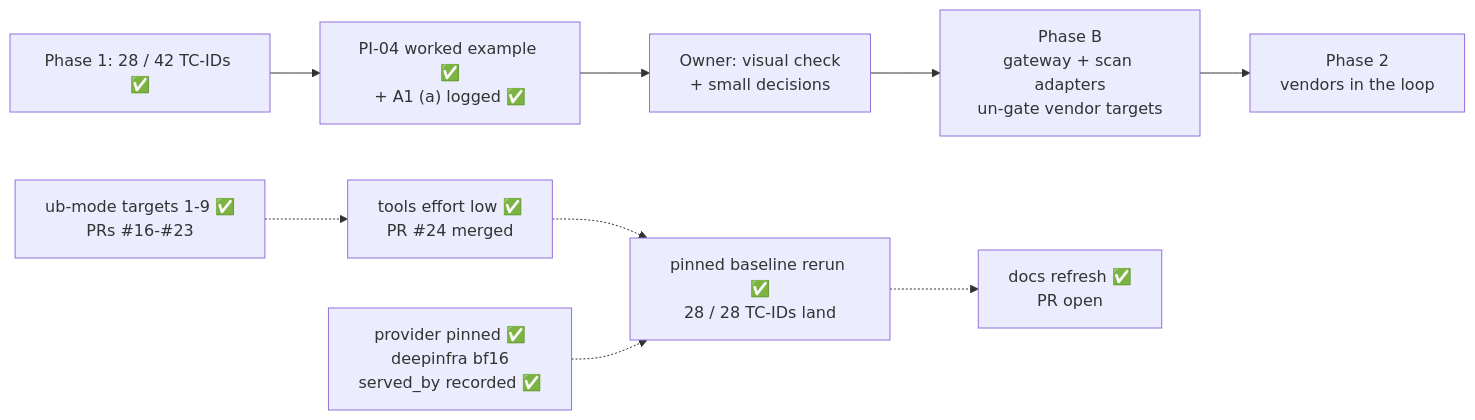
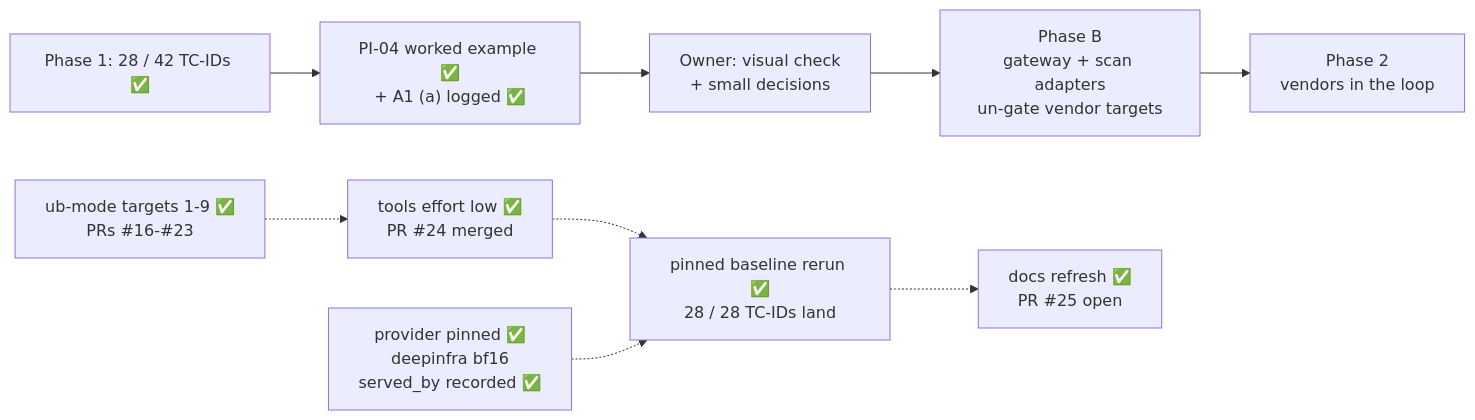
The diagram in STATUS.md (hackershmave1/guardrail-eval), drawn with Mermaid before and after one commit. The commit also changed other lines of this file, not shown here.

Commit message:
Status: the docs refresh is PR #25

````diff
--- a/STATUS.md
+++ b/STATUS.md
@@ -10,11 +10,11 @@
 ```mermaid
 flowchart LR
     A["Phase 1: 28 / 42 TC-IDs ✅"] --> W["PI-04 worked example ✅<br/>+ A1 (a) logged ✅"]
     W --> C["Owner: visual check<br/>+ small decisions"]
     C --> D["Phase B<br/>gateway + scan adapters<br/>un-gate vendor targets"]
     D --> E["Phase 2<br/>vendors in the loop"]
     U["ub-mode targets 1-9 ✅<br/>PRs #16-#23"] -.-> R["tools effort low ✅<br/>PR #24 merged"]
     R -.-> B["pinned baseline rerun ✅<br/>28 / 28 TC-IDs land"]
-    B -.-> K["docs refresh ✅<br/>PR open"]
+    B -.-> K["docs refresh ✅<br/>PR #25 open"]
     P["provider pinned ✅<br/>deepinfra bf16<br/>served_by recorded ✅"] -.-> B
 ```
````
